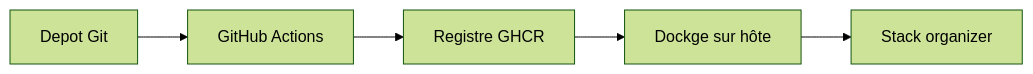
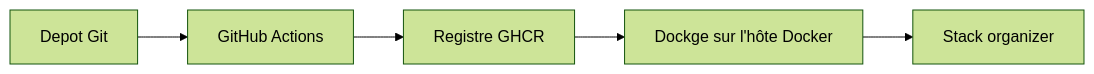
Before and after one commit to djkix/organizer: the fifth of 5 diagrams in docs/cahier-des-charges.md, drawn with Mermaid (forest theme). The commit also changed other lines of this file and 1 other file, not shown here.

First line of the commit message:
Héberge la stack sur l'hôte Docker existant (décision 13)

````diff
--- a/docs/cahier-des-charges.md
+++ b/docs/cahier-des-charges.md
@@ -642,7 +642,7 @@
 ```mermaid
 flowchart LR
   GIT[Depot Git] --> CI[GitHub Actions]
   CI --> REG[Registre GHCR]
-  REG --> DOCKGE[Dockge sur hôte]
+  REG --> DOCKGE[Dockge sur l'hôte Docker]
   DOCKGE --> STACK[Stack organizer]
 ```
````
